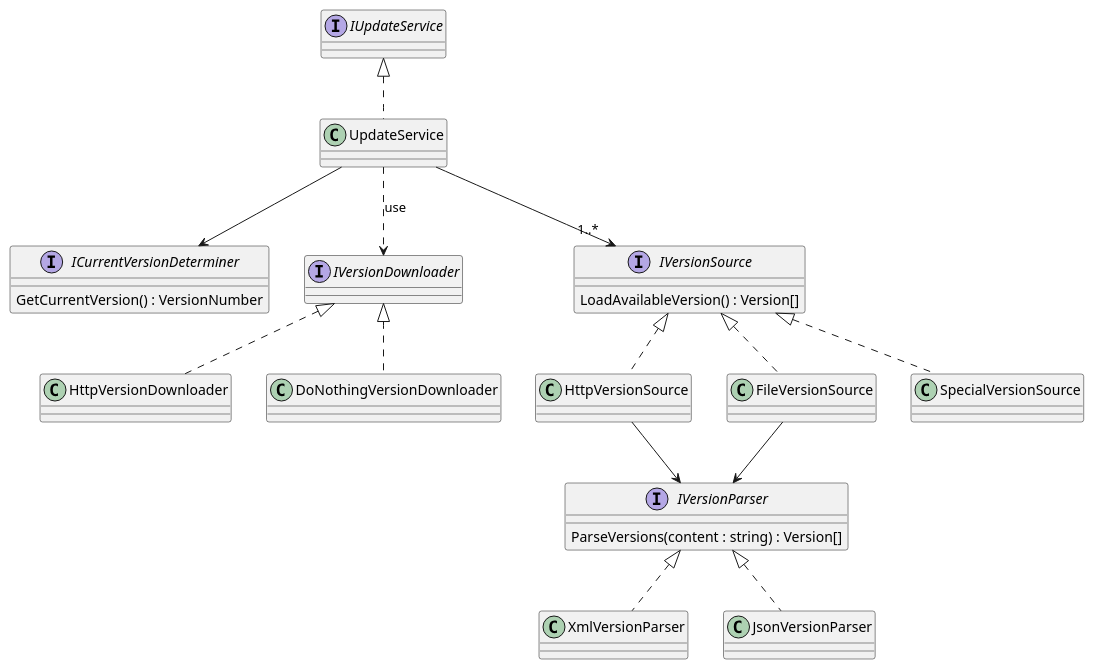
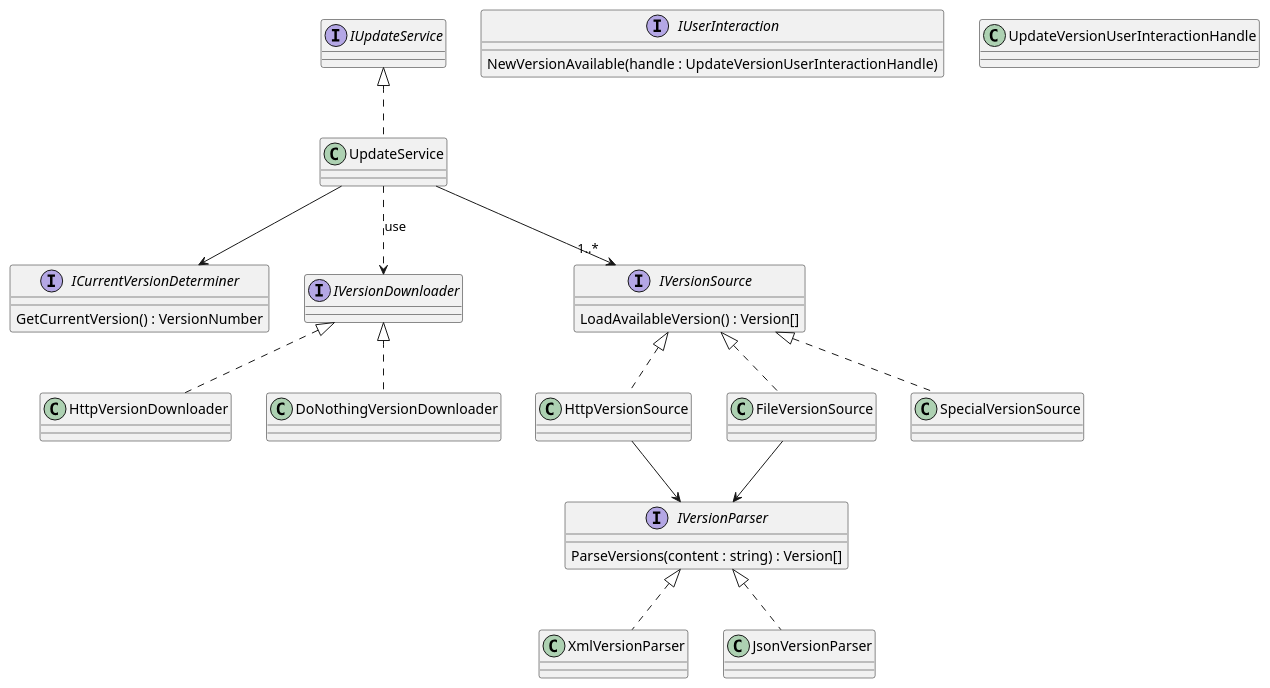
The diagram in doc/diagrams/services.md (jasase/autoupdate.net), drawn with PlantUML before and after one commit.

Commit message:
Added interfaces

```diff
--- a/doc/diagrams/services.md
+++ b/doc/diagrams/services.md
@@ -1,64 +1,71 @@
 @startuml
 
 interface IUpdateService {
     
 }
 class UpdateService {
     
 }
 IUpdateService <|.. UpdateService
 
 
 interface ICurrentVersionDeterminer {
     GetCurrentVersion() : VersionNumber
 }
 
 
 
 interface IVersionDownloader {
 
 }
 class HttpVersionDownloader {
 
 }
 class DoNothingVersionDownloader {
     
 }
 IVersionDownloader <|.. HttpVersionDownloader
 IVersionDownloader <|.. DoNothingVersionDownloader
 
 
 interface IVersionSource {
     LoadAvailableVersion() : Version[]
 }
 class HttpVersionSource { 
 }
 class FileVersionSource { 
 }
 class SpecialVersionSource { 
 }
 IVersionSource <|.. HttpVersionSource
 IVersionSource <|.. FileVersionSource
 IVersionSource <|.. SpecialVersionSource
 
 
 interface IVersionParser {
     ParseVersions(content : string) : Version[]
 }
 class XmlVersionParser { 
 }
 class JsonVersionParser { 
 }
 IVersionParser <|.. XmlVersionParser
 IVersionParser <|.. JsonVersionParser
 
 
 HttpVersionSource --> IVersionParser
 FileVersionSource --> IVersionParser
 
 UpdateService --> "1..*" IVersionSource
 UpdateService --> ICurrentVersionDeterminer
 UpdateService ..> IVersionDownloader : use
 
+interface IUserInteraction {
+    NewVersionAvailable(handle : UpdateVersionUserInteractionHandle)
+}
+class UpdateVersionUserInteractionHandle {
+
+}
+
 
 @enduml
```
